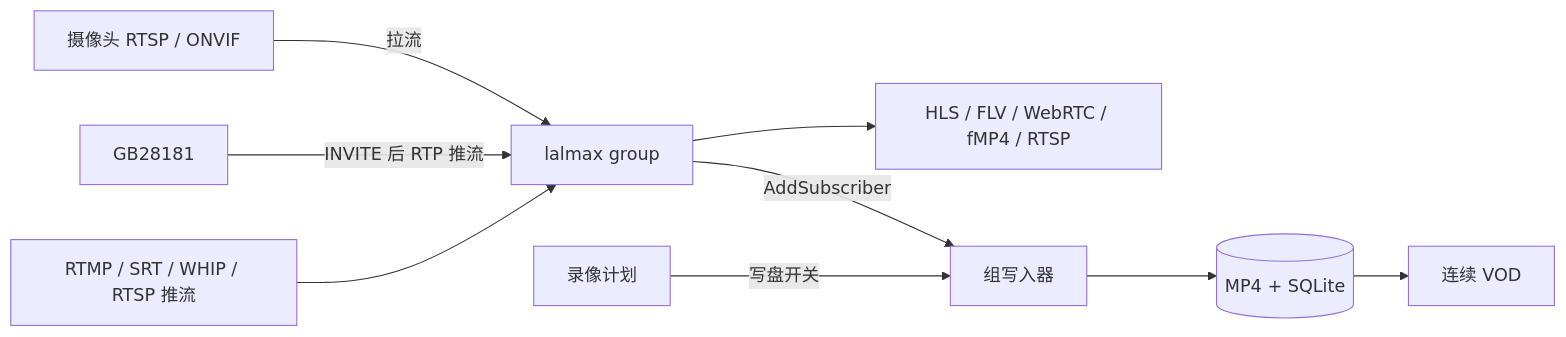
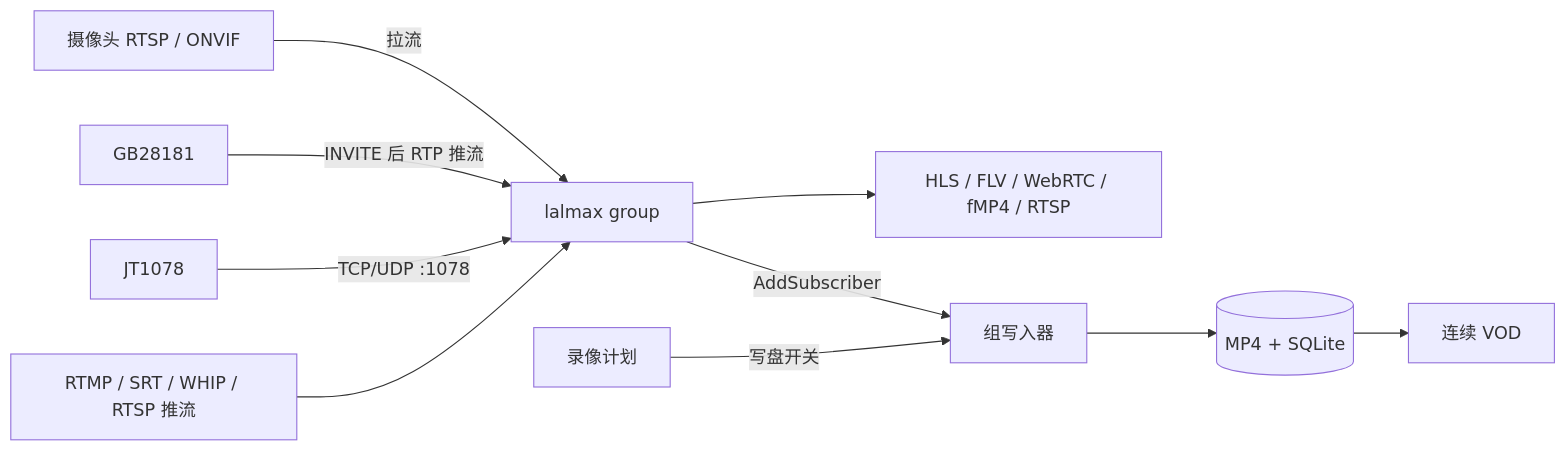
The diagram in README.zh.md (lalmax-pro/lalmax-nvr), drawn with Mermaid before and after one commit. The commit also changed other lines of this file and 47 other files, not shown here.

````diff
--- a/README.zh.md
+++ b/README.zh.md
@@ -36,11 +36,12 @@
 ```mermaid
 flowchart LR
   Cam[摄像头 RTSP / ONVIF] -->|拉流| Group[lalmax group]
   GB[GB28181] -->|INVITE 后 RTP 推流| Group
+  JT[JT1078] -->|TCP/UDP :1078| Group
   Push[RTMP / SRT / WHIP / RTSP 推流] --> Group
   Group --> Live[HLS / FLV / WebRTC / fMP4 / RTSP]
   Group -->|AddSubscriber| Rec[组写入器]
   Plan[录像计划] -->|写盘开关| Rec
   Rec --> Disk[(MP4 + SQLite)]
   Disk --> VOD[连续 VOD]
 ```
````
